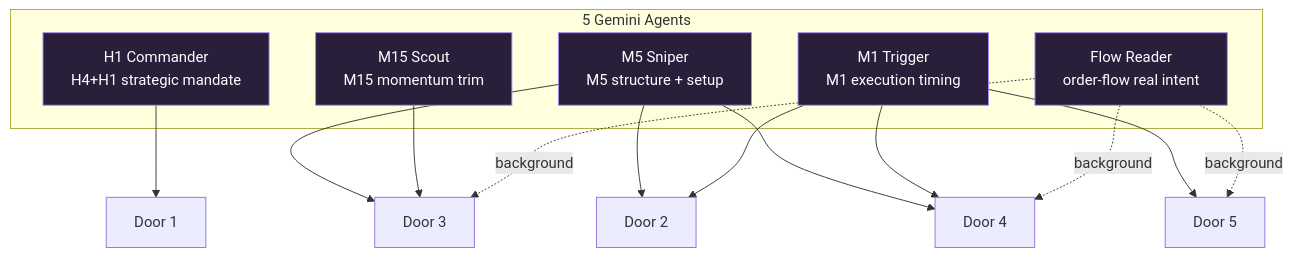
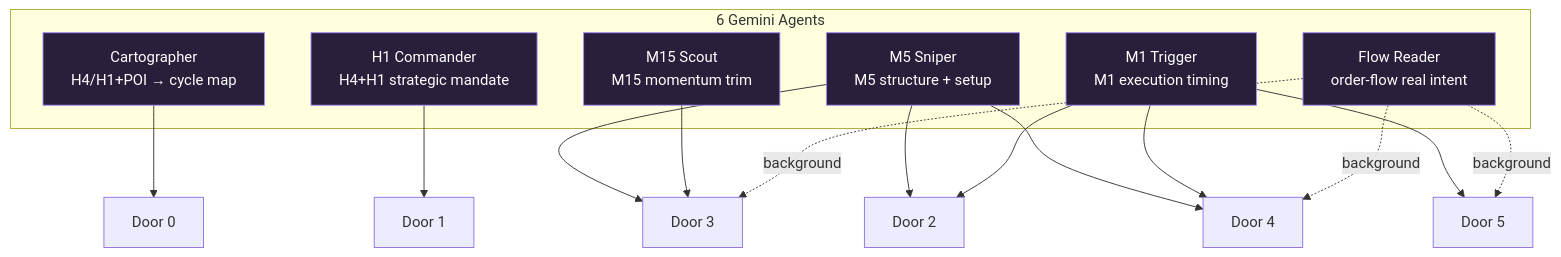
The fourth of 8 diagrams in ARCHITECTURE.md (varsansri/6yearsofpain17), drawn with Mermaid before and after one commit. The commit also changed other lines of this file and 2 other files, not shown here.

First line of the commit message:
docs: update ARCHITECTURE.md, DOORS.md, CLAUDE.md for new architecture

````diff
--- a/ARCHITECTURE.md
+++ b/ARCHITECTURE.md
@@ -81,25 +110,27 @@
 ```mermaid
 flowchart TD
-    subgraph AGENTS[5 Gemini Agents]
+    subgraph AGENTS[6 Gemini Agents]
+        A0[Cartographer\nH4/H1+POI → cycle map]
         A1[H1 Commander\nH4+H1 strategic mandate]
         A2[M15 Scout\nM15 momentum trim]
         A3[M5 Sniper\nM5 structure + setup]
         A4[M1 Trigger\nM1 execution timing]
         A5[Flow Reader\norder-flow real intent]
     end
 
+    A0 --> D0[Door 0]
     A1 --> D1[Door 1]
     A3 --> D2[Door 2]
     A4 --> D2
     A3 --> D3[Door 3]
     A2 --> D3
     A3 --> D4[Door 4]
     A4 --> D4
     A4 --> D5[Door 5]
     A5 -.background.-> D3
     A5 -.background.-> D4
     A5 -.background.-> D5
 
     classDef agent fill:#2a1f3b,stroke:#a78bfa,color:#fff
-    class A1,A2,A3,A4,A5 agent
+    class A0,A1,A2,A3,A4,A5 agent
 ```
````
